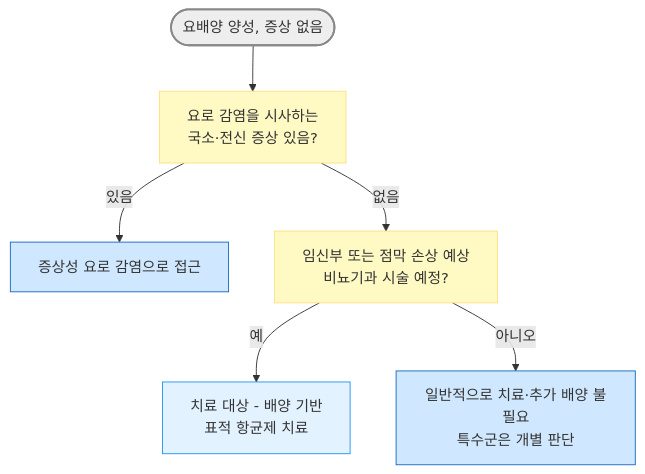
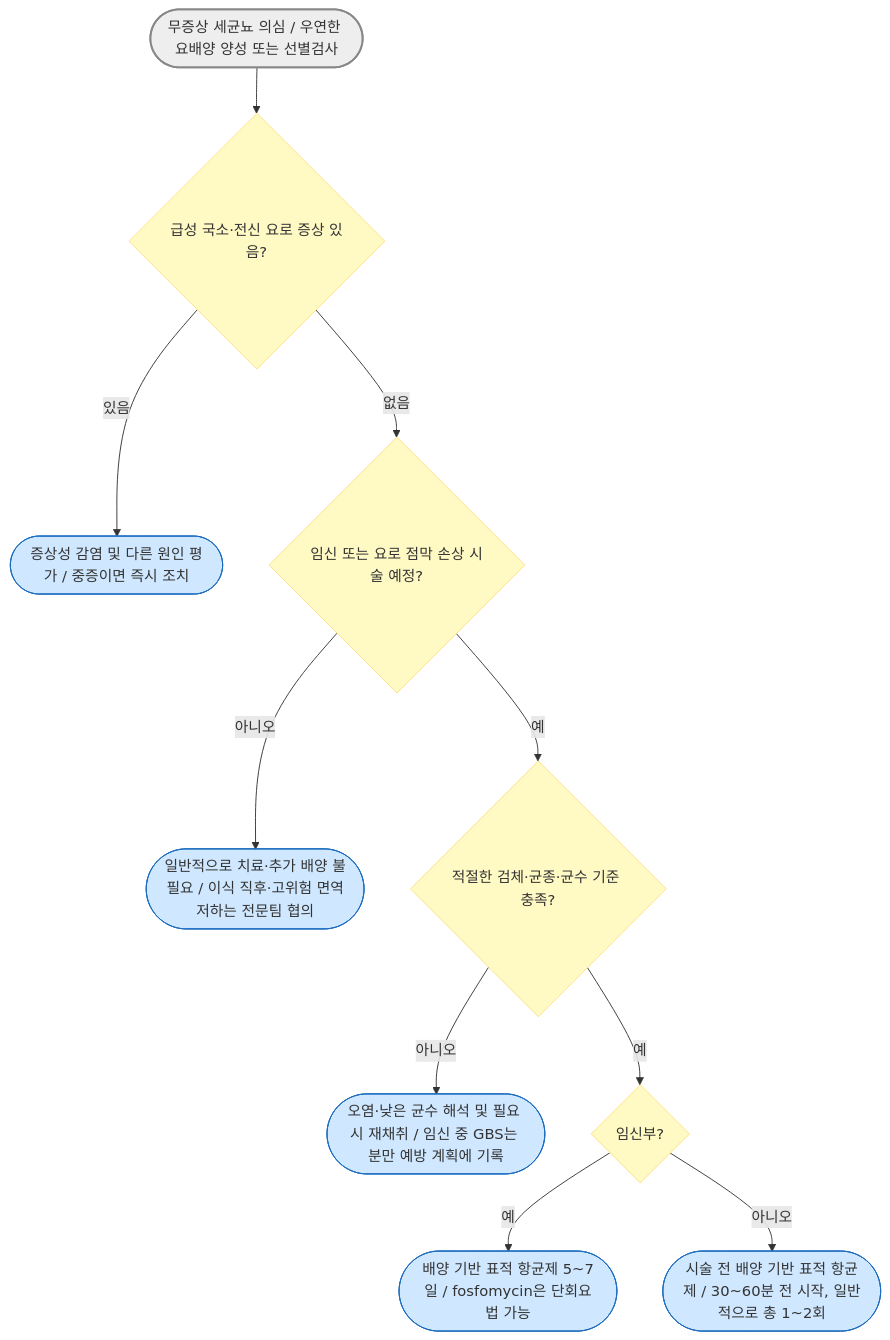
Before and after one commit to familyoh77/familyoh77: the diagram in 227_/114_-asymptomatic-bacteriuria.md, drawn with Mermaid. The commit also changed other lines of this file and 7 other files, not shown here.

````diff
--- a/227_/114_-asymptomatic-bacteriuria.md
+++ b/227_/114_-asymptomatic-bacteriuria.md
@@ -63,15 +77,18 @@
 ```mermaid
-graph TD
-    A([요배양 양성, 증상 없음]) --> B[요로 감염을 시사하는<br>국소·전신 증상 있음?]
-    B -- 있음 --> C[증상성 요로 감염으로 접근]
-    B -- 없음 --> D[임신부 또는 점막 손상 예상<br>비뇨기과 시술 예정?]
-    D -- 예 --> E[치료 대상 - 배양 기반<br>표적 항균제 치료]
-    D -- 아니오 --> F[일반적으로 치료·추가 배양 불필요<br>특수군은 개별 판단]
+flowchart TD
+    A(["무증상 세균뇨 의심 / 우연한 요배양 양성 또는 선별검사"]) --> B{"급성 국소·전신 요로 증상 있음?"}
+    B -- 있음 --> C(["증상성 감염 및 다른 원인 평가 / 중증이면 즉시 조치"])
+    B -- 없음 --> D{"임신 또는 요로 점막 손상 시술 예정?"}
+    D -- 아니오 --> E(["일반적으로 치료·추가 배양 불필요 / 이식 직후·고위험 면역저하는 전문팀 협의"])
+    D -- 예 --> F{"적절한 검체·균종·균수 기준 충족?"}
+    F -- 아니오 --> G(["오염·낮은 균수 해석 및 필요 시 재채취 / 임신 중 GBS는 분만 예방 계획에 기록"])
+    F -- 예 --> H{"임신부?"}
+    H -- 예 --> I(["배양 기반 표적 항균제 5~7일 / fosfomycin은 단회요법 가능"])
+    H -- 아니오 --> J(["시술 전 배양 기반 표적 항균제 / 30~60분 전 시작, 일반적으로 총 1~2회"])
 
-style A fill:#eeeeee,stroke:#888888,stroke-width:2px
-classDef yellow fill:#fff9c4,stroke:#ffe082
-class B,D yellow
-classDef blue fill:#d0e8ff,stroke:#1a6abf
-class C,F blue
-style E fill:#e3f2ff,stroke:#2196f3
+    classDef decision fill:#fff9c4,stroke:#ffe082
+    classDef endpoint fill:#d0e8ff,stroke:#1a6abf
+    class B,D,F,H decision
+    class C,E,G,I,J endpoint
+    style A fill:#eeeeee,stroke:#888888,stroke-width:2px
 ```
````
